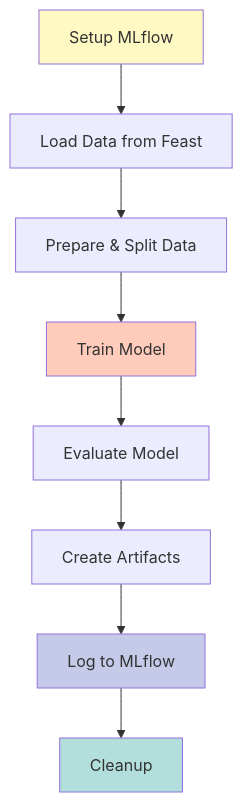
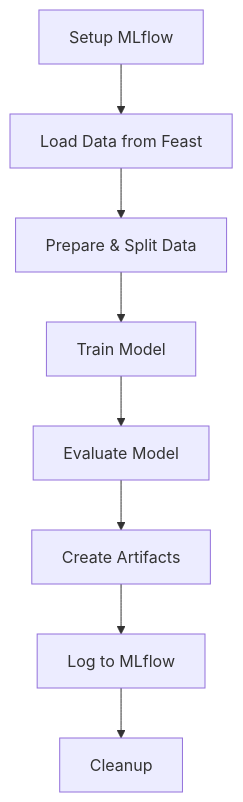
Before and after one commit to velosoberti/MLOps: the fourth of 5 diagrams in README.md, drawn with Mermaid. The commit also changed other lines of this file, not shown here.

````diff
--- a/README.md
+++ b/README.md
@@ -219,15 +207,10 @@
 ```mermaid
 graph TB
     A[Setup MLflow] --> B[Load Data from Feast]
     B --> C[Prepare & Split Data]
     C --> D[Train Model]
     D --> E[Evaluate Model]
     E --> F[Create Artifacts]
     F --> G[Log to MLflow]
     G --> H[Cleanup]
-    
-    style A fill:#fff9c4
-    style D fill:#ffccbc
-    style G fill:#c5cae9
-    style H fill:#b2dfdb
 ```
````
